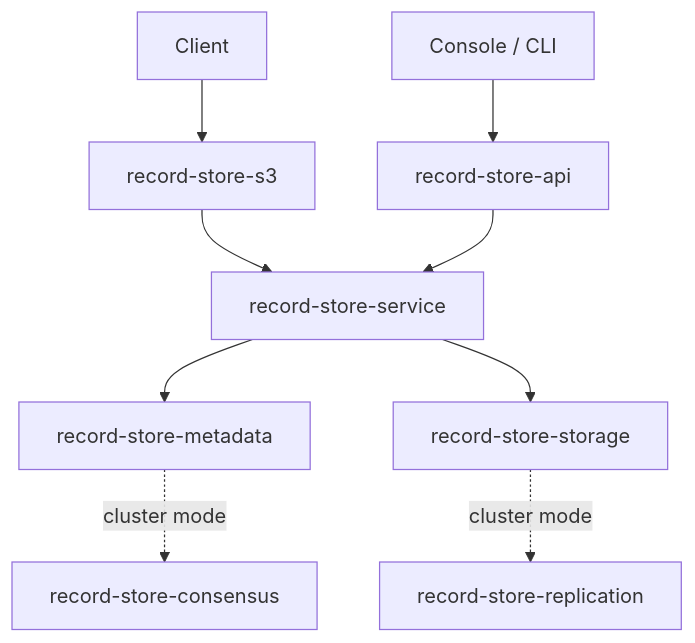
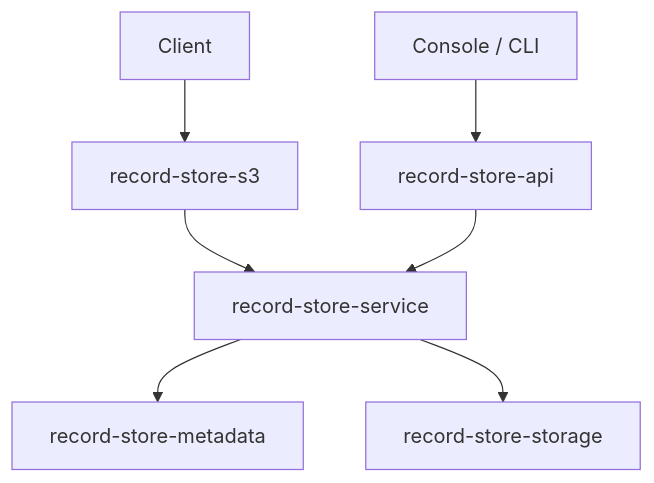
The diagram in docs/contributing/repository-structure.md (OpenElementsLabs/record-store), drawn with Mermaid before and after one commit. The commit also changed other lines of this file and 60 other files, not shown here.

````diff
--- a/docs/contributing/repository-structure.md
+++ b/docs/contributing/repository-structure.md
@@ -49,11 +44,9 @@
 ```mermaid
 flowchart TB
     C[Client] --> S3[record-store-s3]
     C2[Console / CLI] --> API[record-store-api]
     S3 --> SVC[record-store-service]
     API --> SVC
     SVC --> META[record-store-metadata]
     SVC --> STORE[record-store-storage]
-    META -.cluster mode.-> CONS[record-store-consensus]
-    STORE -.cluster mode.-> REPL[record-store-replication]
 ```
````
